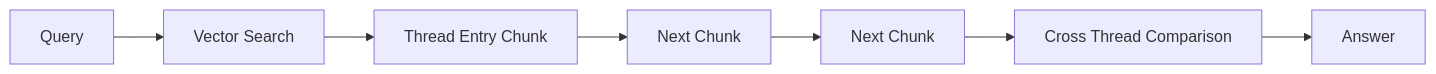
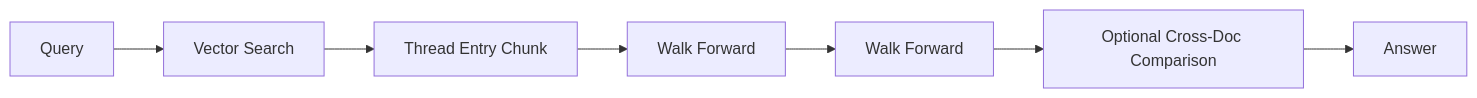
Before and after one commit to vanshksingh/Thread-RAG: the second of 19 diagrams in README.md, drawn with Mermaid. The commit also changed other lines of this file, not shown here.

First line of the commit message:
Revise THREAD-RAG architecture details in README

````diff
--- a/README.md
+++ b/README.md
@@ -39,9 +38,9 @@
 ```mermaid
 flowchart LR
 Q[Query] --> R[Vector Search]
 R --> T[Thread Entry Chunk]
-T --> N1[Next Chunk]
-N1 --> N2[Next Chunk]
-N2 --> Compare[Cross Thread Comparison]
+T --> N1[Walk Forward]
+N1 --> N2[Walk Forward]
+N2 --> Compare[Optional Cross-Doc Comparison]
 Compare --> A[Answer]
 ```
````
